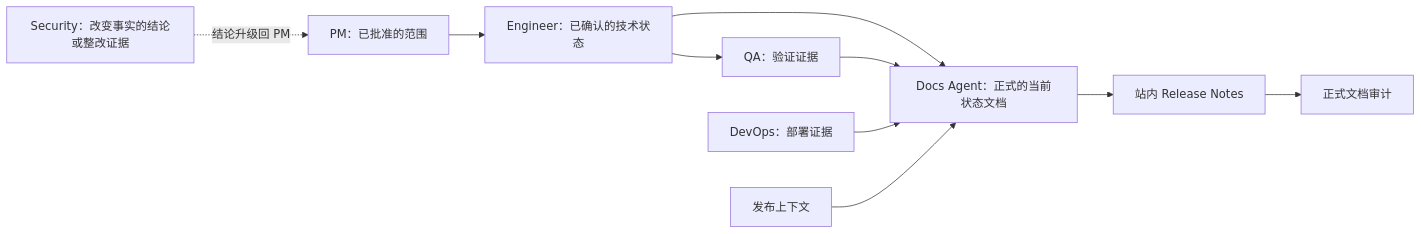
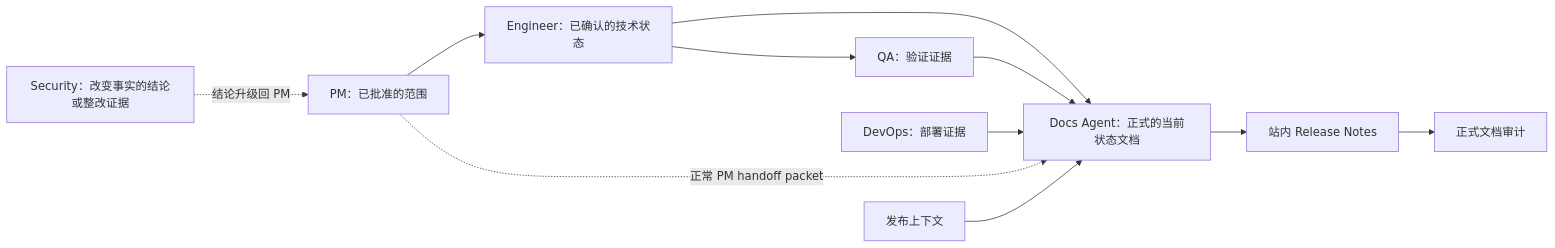
Before and after one commit to Neplich/dev-agent-skills: the diagram in agents/docs/README_zh.md, drawn with Mermaid. The commit also changed 18 other files, not shown here.

````diff
--- a/agents/docs/README_zh.md
+++ b/agents/docs/README_zh.md
@@ -52,12 +52,13 @@
 ```mermaid
 flowchart LR
     PM["PM：已批准的范围"] --> Engineer["Engineer：已确认的技术状态"]
     Engineer --> QA["QA：验证证据"]
     Engineer --> Docs["Docs Agent：正式的当前状态文档"]
     QA --> Docs
     DevOps["DevOps：部署证据"] --> Docs
     Security["Security：改变事实的结论或整改证据"] -. "结论升级回 PM" .-> PM
+    PM -. "正常 PM handoff packet" .-> Docs
     Release["发布上下文"] --> Docs
     Docs --> Notes["站内 Release Notes"]
     Notes --> Audit["正式文档审计"]
 ```
````
